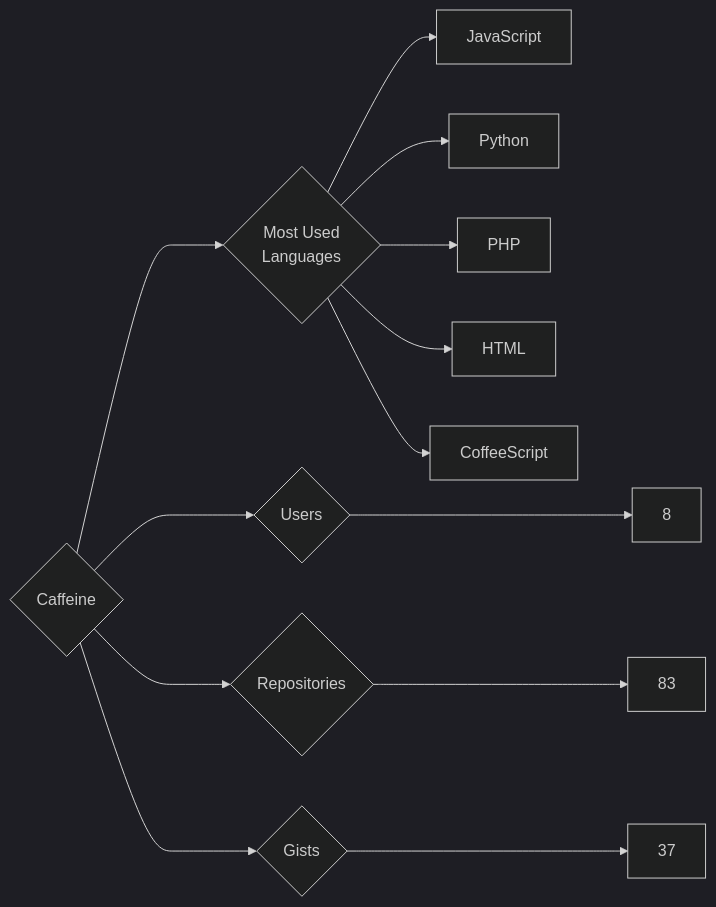
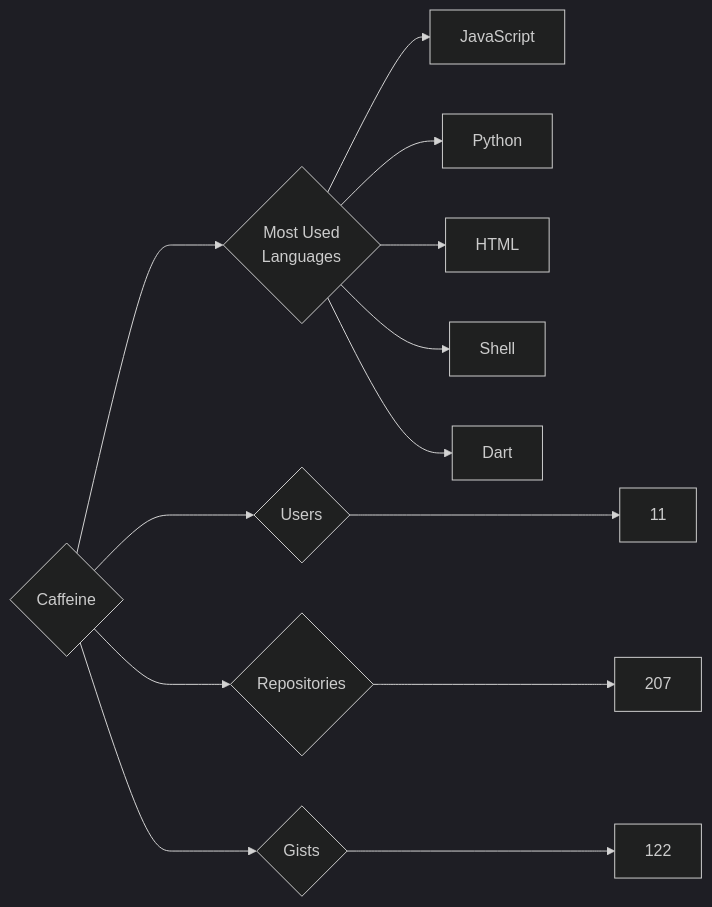
One commit to trickest/insiders changed the diagram in targets/Caffeine/README.md. Above: the diagram before and after it, drawn with Mermaid (dark theme). The commit also changed 888 other files, not shown here.

````diff
--- a/targets/Caffeine/README.md
+++ b/targets/Caffeine/README.md
@@ -3,13 +3,13 @@
 ```mermaid
 graph LR
 COMPANY_NAME{Caffeine}
-COMPANY_NAME ---> U{Users} ---> UN[8]
-COMPANY_NAME ---> R{Repositories} ---> RN[83]
-COMPANY_NAME ---> G{Gists} ---> GN[37]
+COMPANY_NAME ---> U{Users} ---> UN[11]
+COMPANY_NAME ---> R{Repositories} ---> RN[207]
+COMPANY_NAME ---> G{Gists} ---> GN[122]
 COMPANY_NAME ---> ML{Most Used<br>Languages}
 ML --> JavaScript[JavaScript]
 ML --> Python[Python]
-ML --> PHP[PHP]
 ML --> HTML[HTML]
-ML --> CoffeeScript[CoffeeScript]
+ML --> Shell[Shell]
+ML --> Dart[Dart]
 ```
````
